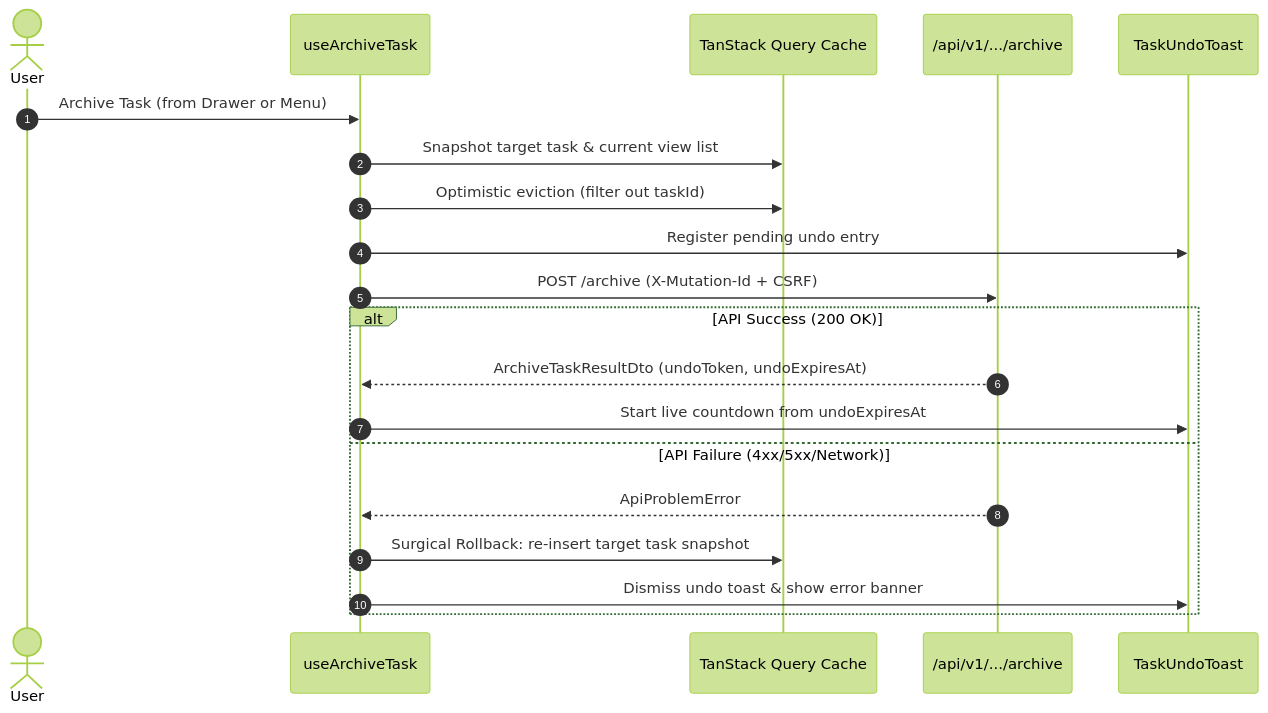
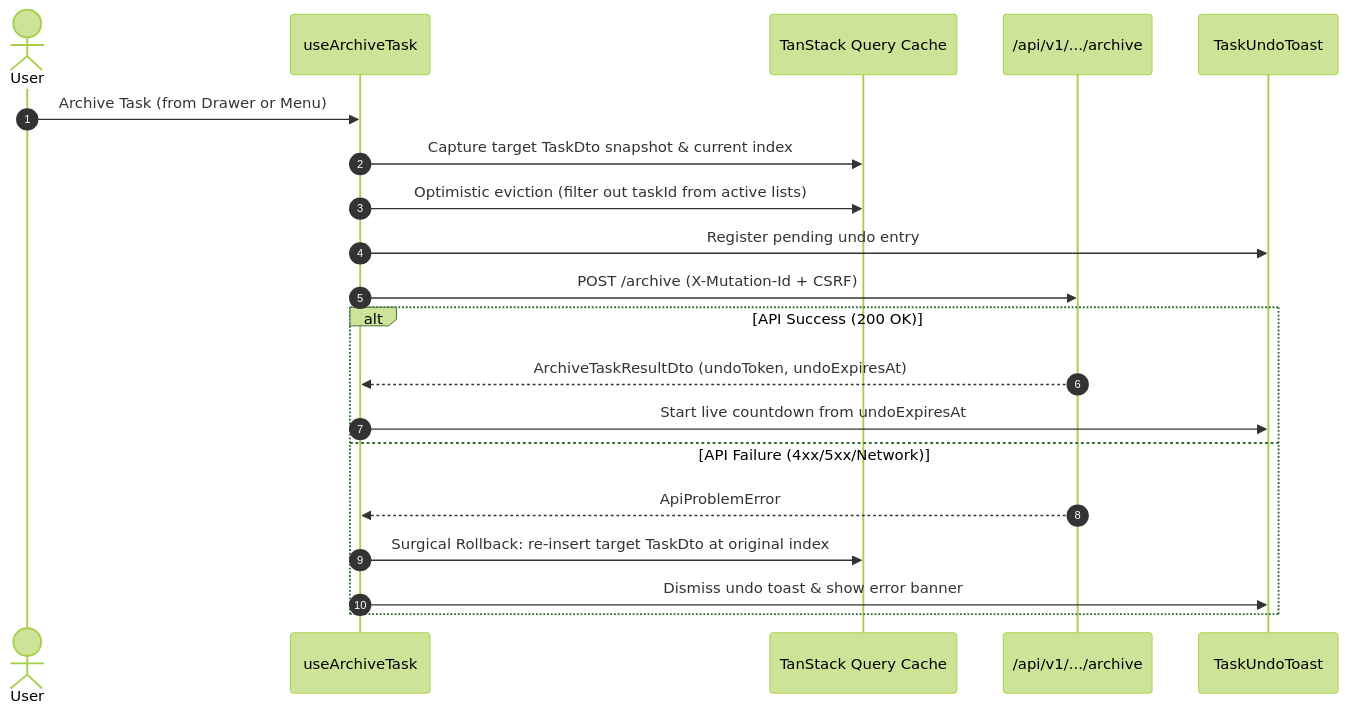
Before and after one commit to Samudra-Bose/sonder: the diagram in docs/04-implementation/vs-09a-task-archive-and-undo-plan.md, drawn with Mermaid (forest theme). The commit also changed other lines of this file, not shown here.

````diff
--- a/docs/04-implementation/vs-09a-task-archive-and-undo-plan.md
+++ b/docs/04-implementation/vs-09a-task-archive-and-undo-plan.md
@@ -221,23 +234,23 @@
 ```mermaid
 sequenceDiagram
     autonumber
     actor User
     participant Hook as useArchiveTask
     participant QueryCache as TanStack Query Cache
     participant API as /api/v1/.../archive
     participant Toast as TaskUndoToast
 
     User->>Hook: Archive Task (from Drawer or Menu)
-    Hook->>QueryCache: Snapshot target task & current view list
-    Hook->>QueryCache: Optimistic eviction (filter out taskId)
+    Hook->>QueryCache: Capture target TaskDto snapshot & current index
+    Hook->>QueryCache: Optimistic eviction (filter out taskId from active lists)
     Hook->>Toast: Register pending undo entry
     Hook->>API: POST /archive (X-Mutation-Id + CSRF)
     alt API Success (200 OK)
         API-->>Hook: ArchiveTaskResultDto (undoToken, undoExpiresAt)
         Hook->>Toast: Start live countdown from undoExpiresAt
     else API Failure (4xx/5xx/Network)
         API-->>Hook: ApiProblemError
-        Hook->>QueryCache: Surgical Rollback: re-insert target task snapshot
+        Hook->>QueryCache: Surgical Rollback: re-insert target TaskDto at original index
         Hook->>Toast: Dismiss undo toast & show error banner
     end
 ```
````
